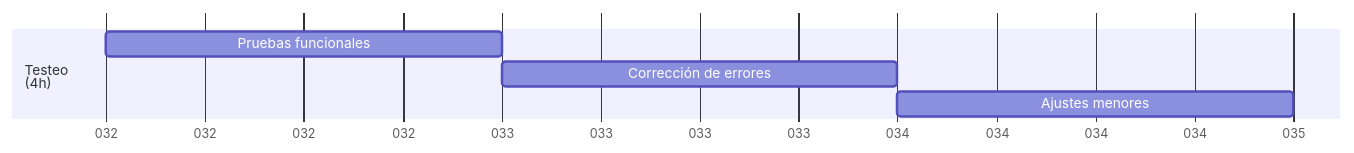
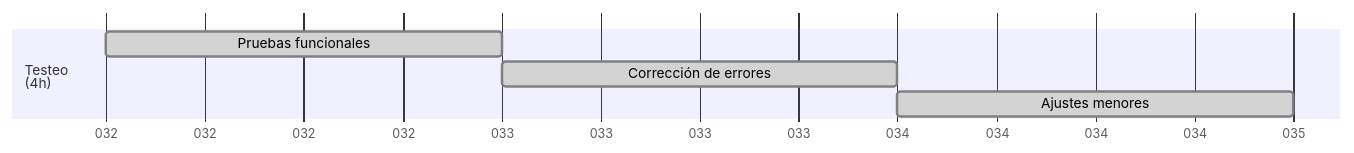
One commit to Covija97/badentracker changed the eighth of 9 diagrams in .md/readme.md. Above: the diagram before and after it, drawn with Mermaid. The commit also changed other lines of this file and 1 other file, not shown here.

````diff
--- a/.md/readme.md
+++ b/.md/readme.md
@@ -130,10 +125,10 @@
 ```mermaid
 gantt
     dateFormat  DDD
     axisFormat %j
 
     section Testeo<br>(4h)
-    Pruebas funcionales         : 02-01, 1d
-    Corrección de errores       : 02-02, 1d
-    Ajustes menores             : 02-03, 1d
+    Pruebas funcionales         :done, 02-01, 1d
+    Corrección de errores       :done, 02-02, 1d
+    Ajustes menores             :done, 02-03, 1d
 ```
````
